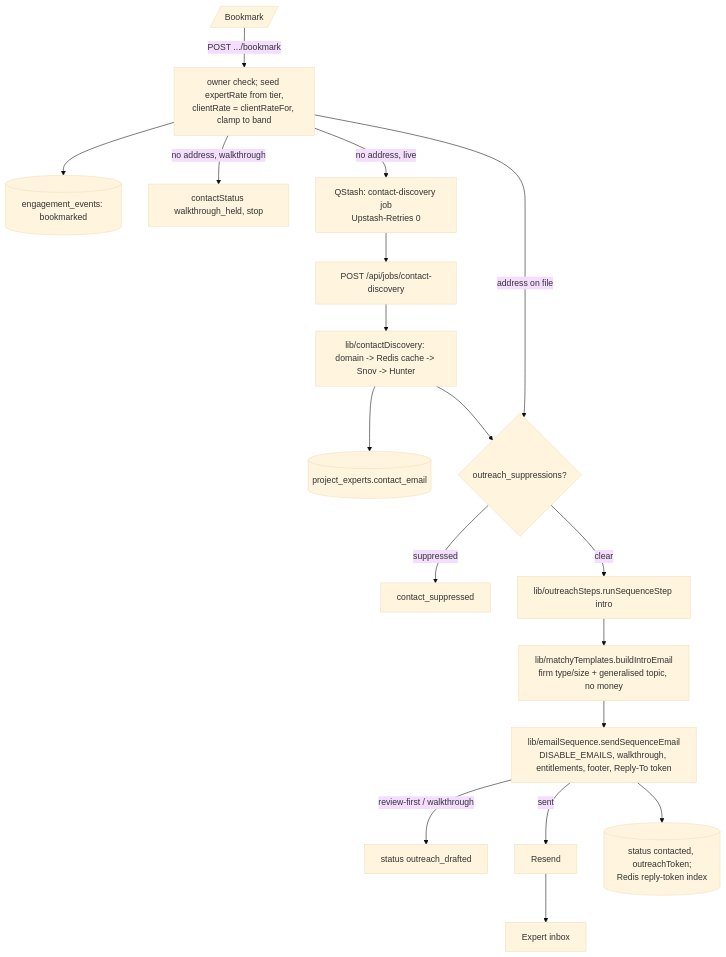
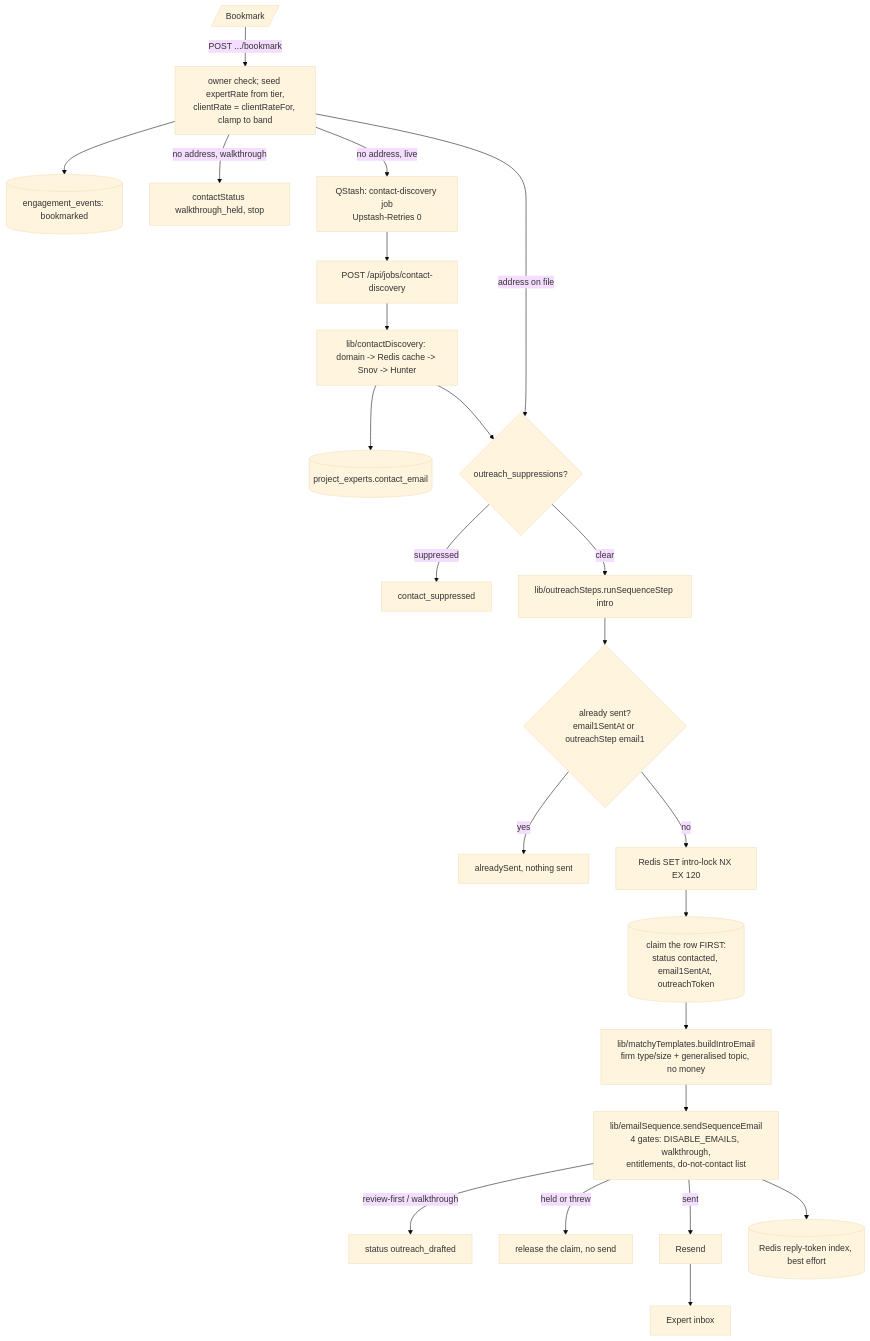
Before and after one commit to adgold28-lgtm/expertmatching: the fourth of 8 diagrams in ARCHITECTURE.md, drawn with Mermaid (base theme). The commit also changed other lines of this file and 6 other files, not shown here.

First line of the commit message:
docs: record the repair waves (audit status per finding, architecture updates, handoff, task queue) and fix the stale RLS assertion

````diff
--- a/ARCHITECTURE.md
+++ b/ARCHITECTURE.md
@@ -471,20 +504,25 @@
 ```mermaid
 flowchart TD
     B[/Bookmark/] -->|POST .../bookmark| BR[owner check; seed expertRate from tier,<br/>clientRate = clientRateFor, clamp to band]
     BR --> EV[(engagement_events: bookmarked)]
     BR -->|no address, walkthrough| H[contactStatus walkthrough_held, stop]
     BR -->|no address, live| Q[QStash: contact-discovery job<br/>Upstash-Retries 0]
     Q --> W[POST /api/jobs/contact-discovery]
     W --> D[lib/contactDiscovery: domain -> Redis cache -> Snov -> Hunter]
     D --> CE[(project_experts.contact_email)]
     D --> SUP{outreach_suppressions?}
     BR -->|address on file| SUP
     SUP -->|suppressed| STOP[contact_suppressed]
     SUP -->|clear| RS[lib/outreachSteps.runSequenceStep intro]
-    RS --> T[lib/matchyTemplates.buildIntroEmail<br/>firm type/size + generalised topic, no money]
-    T --> CP[lib/emailSequence.sendSequenceEmail<br/>DISABLE_EMAILS, walkthrough, entitlements, footer, Reply-To token]
+    RS --> ONCE{already sent?<br/>email1SentAt or outreachStep email1}
+    ONCE -->|yes| SKIP[alreadySent, nothing sent]
+    ONCE -->|no| LOCK[Redis SET intro-lock NX EX 120]
+    LOCK --> CLAIM[(claim the row FIRST:<br/>status contacted, email1SentAt, outreachToken)]
+    CLAIM --> T[lib/matchyTemplates.buildIntroEmail<br/>firm type/size + generalised topic, no money]
+    T --> CP[lib/emailSequence.sendSequenceEmail<br/>4 gates: DISABLE_EMAILS, walkthrough,<br/>entitlements, do-not-contact list]
     CP -->|review-first / walkthrough| DR[status outreach_drafted]
+    CP -->|held or threw| REL[release the claim, no send]
     CP -->|sent| RESEND[Resend]
     RESEND --> X[Expert inbox]
-    CP --> ST[(status contacted, outreachToken;<br/>Redis reply-token index)]
+    CP --> IDX[(Redis reply-token index, best effort)]
 ```
````
